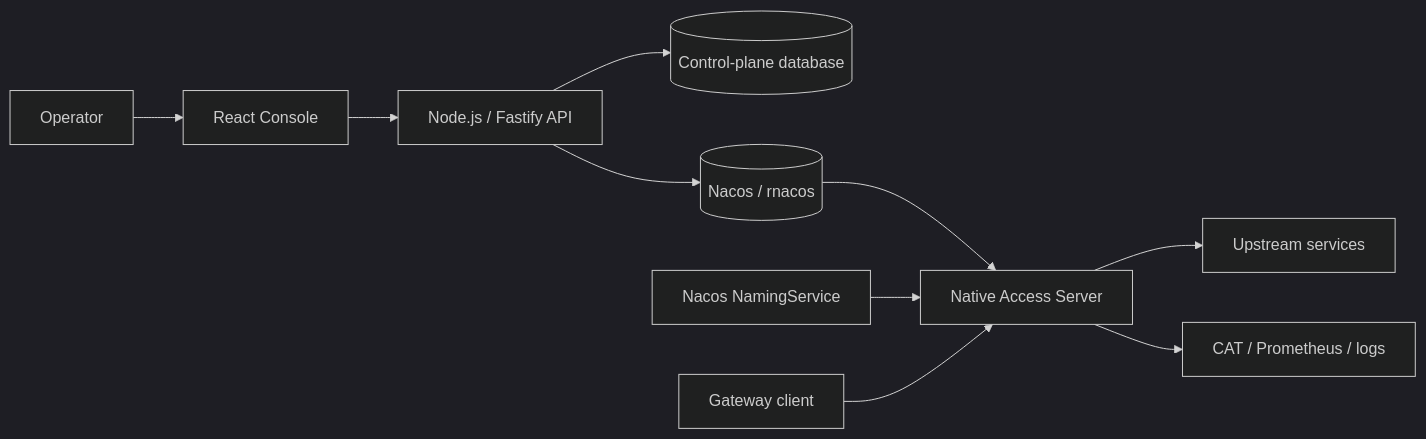
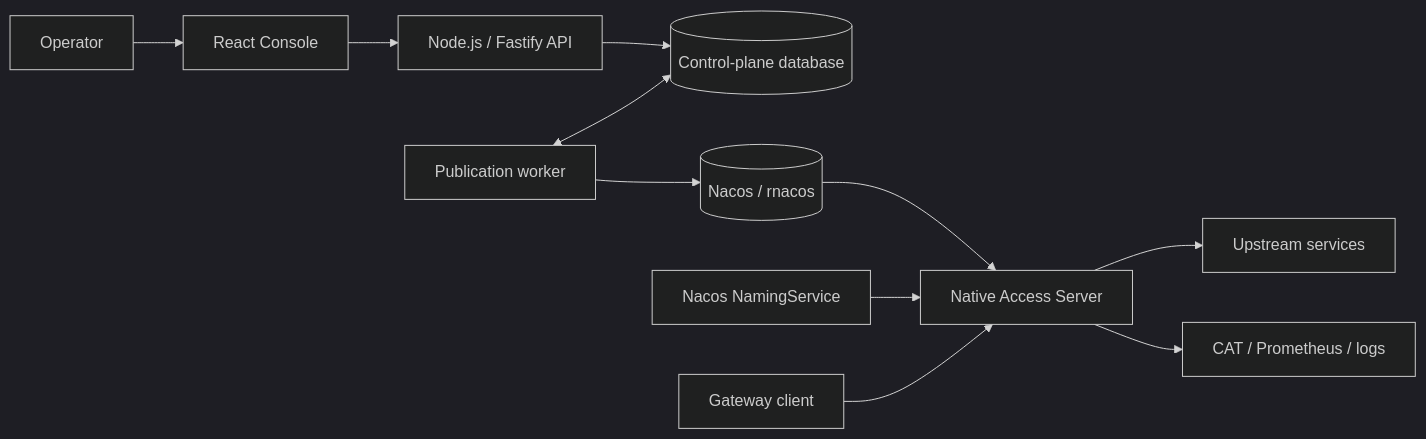
Before and after one commit to fiber-net-gateway/access-gateway: the diagram in README.md, drawn with Mermaid (dark theme). The commit also changed other lines of this file and 1 other file, not shown here.

````diff
--- a/README.md
+++ b/README.md
@@ -39,12 +38,13 @@
 ```mermaid
 flowchart LR
     User[Operator] --> Web[React Console]
     Web --> API[Node.js / Fastify API]
     API --> DB[(Control-plane database)]
-    API --> Nacos[(Nacos / rnacos)]
+    Worker[Publication worker] <--> DB
+    Worker --> Nacos[(Nacos / rnacos)]
     Nacos --> Access[Native Access Server]
     Discovery[Nacos NamingService] --> Access
     Client[Gateway client] --> Access
     Access --> Upstream[Upstream services]
     Access --> Obs[CAT / Prometheus / logs]
 ```
````
